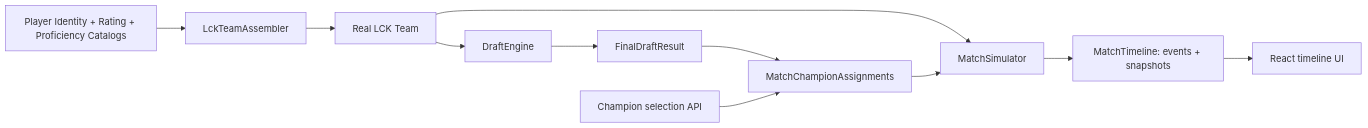
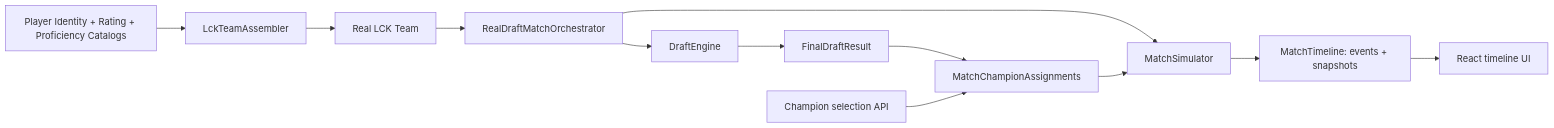
The diagram in docs/architecture/overview.md (haengguk/myfmanager), drawn with Mermaid before and after one commit. The commit also changed other lines of this file and 10 other files, not shown here.

````diff
--- a/docs/architecture/overview.md
+++ b/docs/architecture/overview.md
@@ -7,13 +7,14 @@
 ```mermaid
 flowchart LR
     I[Player Identity + Rating + Proficiency Catalogs] --> R[LckTeamAssembler]
     R --> X[Real LCK Team]
-    X --> D[DraftEngine]
-    X --> S[MatchSimulator]
+    X --> O[RealDraftMatchOrchestrator]
+    O --> D[DraftEngine]
+    O --> S[MatchSimulator]
     D --> F[FinalDraftResult]
     F --> A[MatchChampionAssignments]
     C[Champion selection API] --> A
     A --> S
     S --> T[MatchTimeline: events + snapshots]
     T --> U[React timeline UI]
 ```
````
